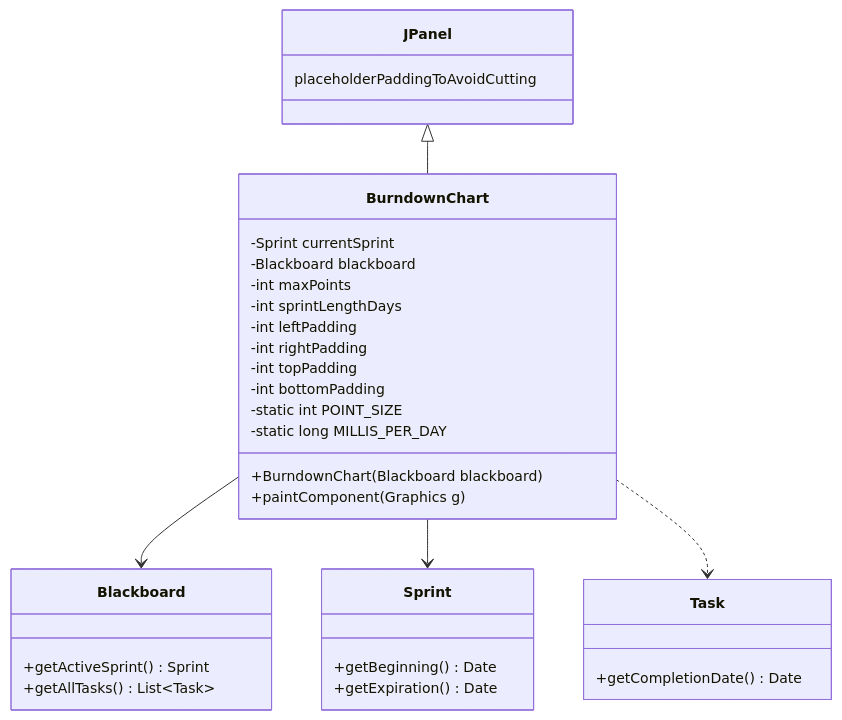
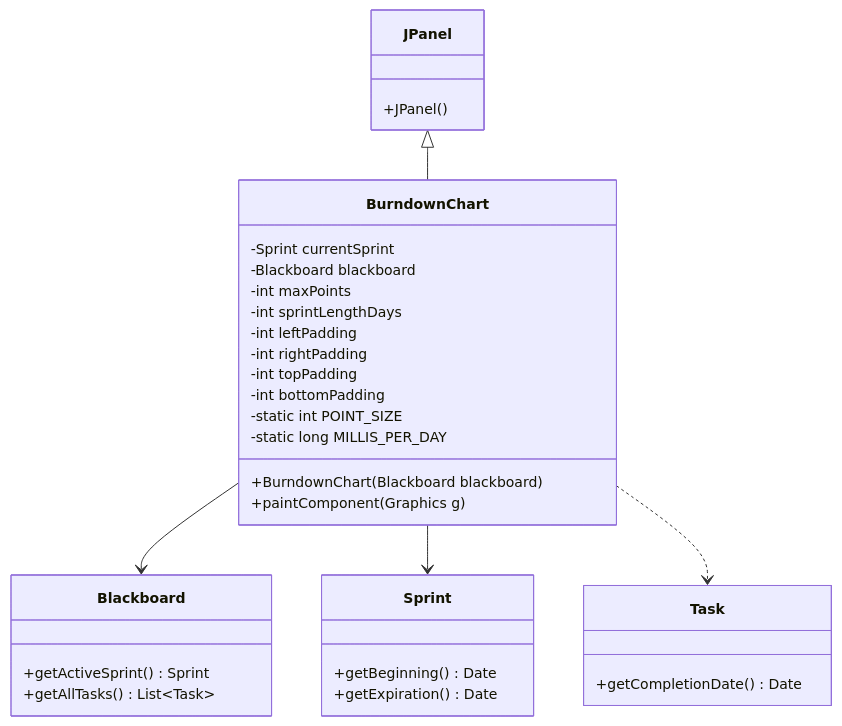
The diagram in README.md (CSC307-W26/taigastudio-refactoring-super-awesome-team-name), drawn with Mermaid before and after one commit.

Commit message:
Format Mermaid diagram in README.md

````diff
--- a/README.md
+++ b/README.md
@@ -3,48 +3,48 @@
 ```mermaid
 %%{init: {'themeVariables': {
-    'fontSize': '14px',
-    'nodeSpacing': 80,
-    'rankSpacing': 80
+  'fontSize': '14px',
+  'nodeSpacing': 80,
+  'rankSpacing': 80
 }}}%%
 classDiagram
 direction TB
 
 class JPanel {
-    placeholderPaddingToAvoidCutting
+  +JPanel()
 }
 
 class BurndownChart {
-    -Sprint currentSprint
-    -Blackboard blackboard
-    -int maxPoints
-    -int sprintLengthDays
-    -int leftPadding
-    -int rightPadding
-    -int topPadding
-    -int bottomPadding
-    -static int POINT_SIZE
-    -static long MILLIS_PER_DAY
+  -Sprint currentSprint
+  -Blackboard blackboard
+  -int maxPoints
+  -int sprintLengthDays
+  -int leftPadding
+  -int rightPadding
+  -int topPadding
+  -int bottomPadding
+  -static int POINT_SIZE
+  -static long MILLIS_PER_DAY
 
-    +BurndownChart(Blackboard blackboard)
-    +paintComponent(Graphics g)
+  +BurndownChart(Blackboard blackboard)
+  +paintComponent(Graphics g)
 }
 
 class Blackboard {
-    +getActiveSprint() Sprint
-    +getAllTasks() List~Task~
+  +getActiveSprint() Sprint
+  +getAllTasks() List~Task~
 }
 
 class Sprint {
-    +getBeginning() Date
-    +getExpiration() Date
+  +getBeginning() Date
+  +getExpiration() Date
 }
 
 class Task {
-    +getCompletionDate() Date
+  +getCompletionDate() Date
 }
 
 JPanel <|-- BurndownChart
 BurndownChart --> Blackboard
 BurndownChart --> Sprint
 BurndownChart ..> Task
 ```
````
